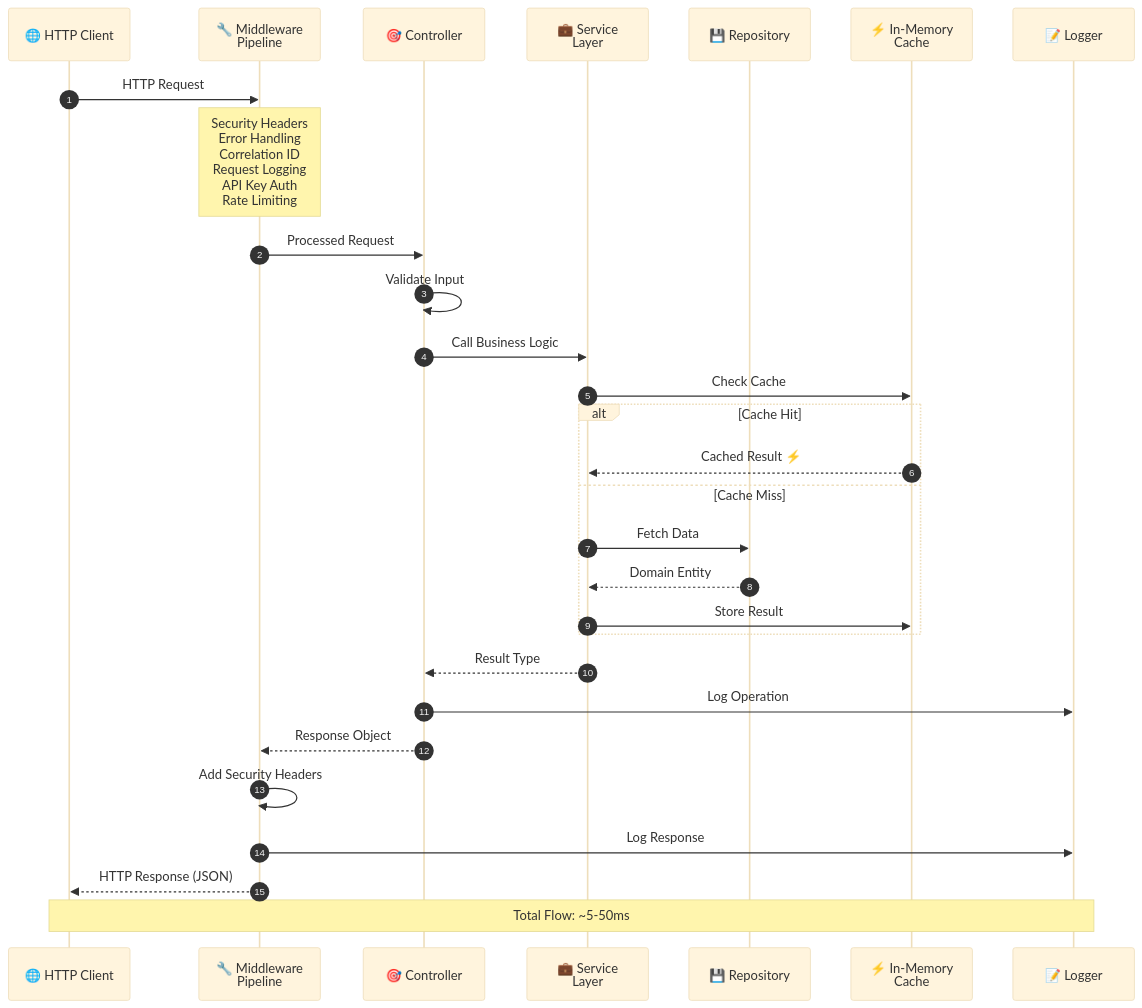
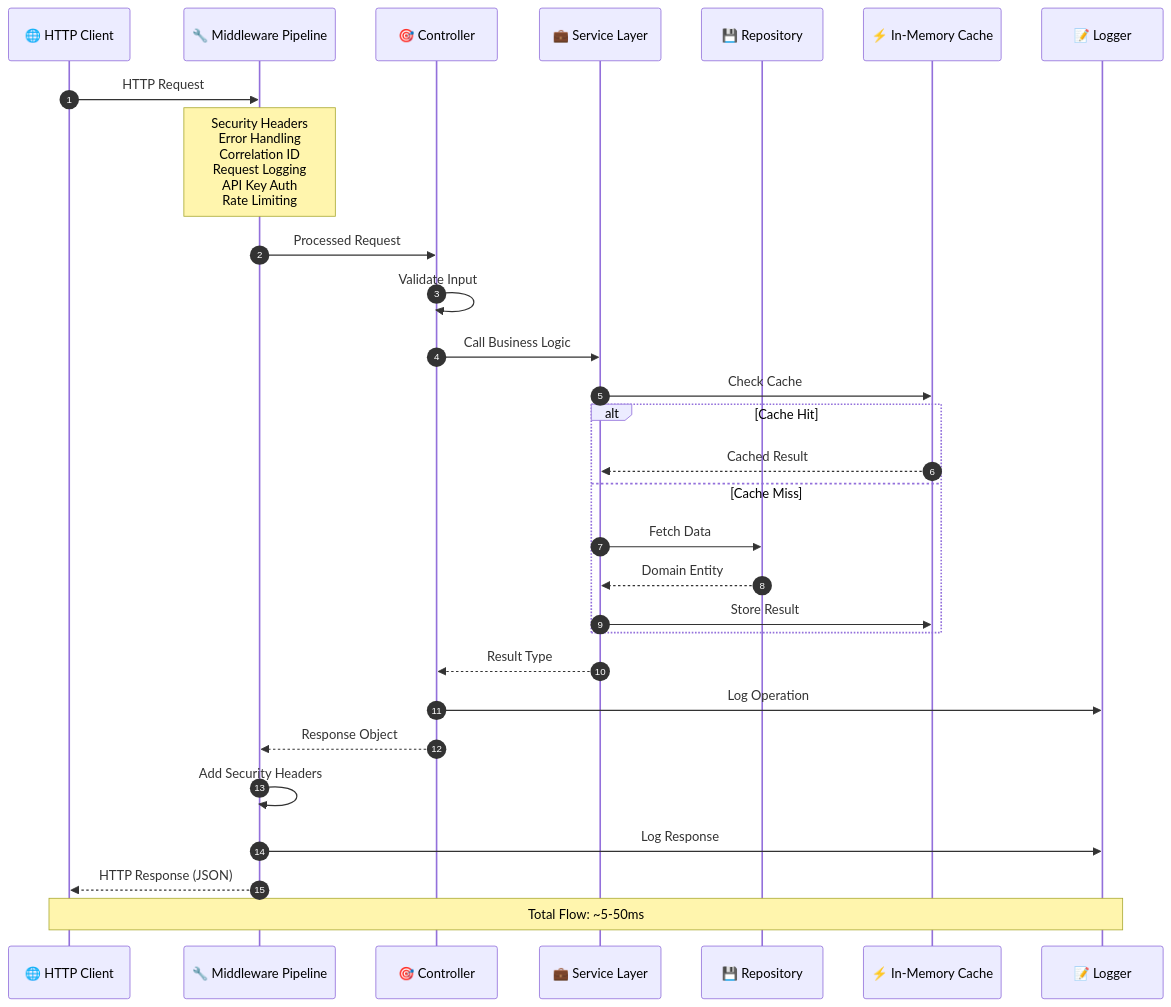
The second of 12 diagrams in services/api/ARCHITECTURE.md (debdevops/servicehub), drawn with Mermaid before and after one commit. The commit also changed other lines of this file, not shown here.

Commit message:
Update Text and foreground color

````diff
--- a/services/api/ARCHITECTURE.md
+++ b/services/api/ARCHITECTURE.md
@@ -92,38 +113,38 @@
 ```mermaid
-%%{init: {'theme':'base', 'themeVariables': { 'fontSize':'22px'}}}%%
+%%{init: {'theme':'dark', 'themeVariables': { 'fontSize':'24px', 'primaryTextColor':'#ffffff'}}}}%%
 sequenceDiagram
     autonumber
     participant Client as 🌐 HTTP Client
-    participant Middleware as 🔧 Middleware<br/>Pipeline
+    participant Middleware as 🔧 Middleware Pipeline
     participant Controller as 🎯 Controller
-    participant Service as 💼 Service<br/>Layer
+    participant Service as 💼 Service Layer
     participant Repository as 💾 Repository
-    participant Cache as ⚡ In-Memory<br/>Cache
+    participant Cache as ⚡ In-Memory Cache
     participant Logger as 📝 Logger
 
     Client->>Middleware: HTTP Request
     Note over Middleware: Security Headers<br/>Error Handling<br/>Correlation ID<br/>Request Logging<br/>API Key Auth<br/>Rate Limiting
 
     Middleware->>Controller: Processed Request
     Controller->>Controller: Validate Input
     Controller->>Service: Call Business Logic
     
     Service->>Cache: Check Cache
     alt Cache Hit
-        Cache-->>Service: Cached Result ⚡
+        Cache-->>Service: Cached Result
     else Cache Miss
         Service->>Repository: Fetch Data
         Repository-->>Service: Domain Entity
         Service->>Cache: Store Result
     end
 
     Service-->>Controller: Result Type
     Controller->>Logger: Log Operation
     Controller-->>Middleware: Response Object
     
     Middleware->>Middleware: Add Security Headers
     Middleware->>Logger: Log Response
     Middleware-->>Client: HTTP Response (JSON)
 
     Note over Client,Logger: Total Flow: ~5-50ms
 ```
````
